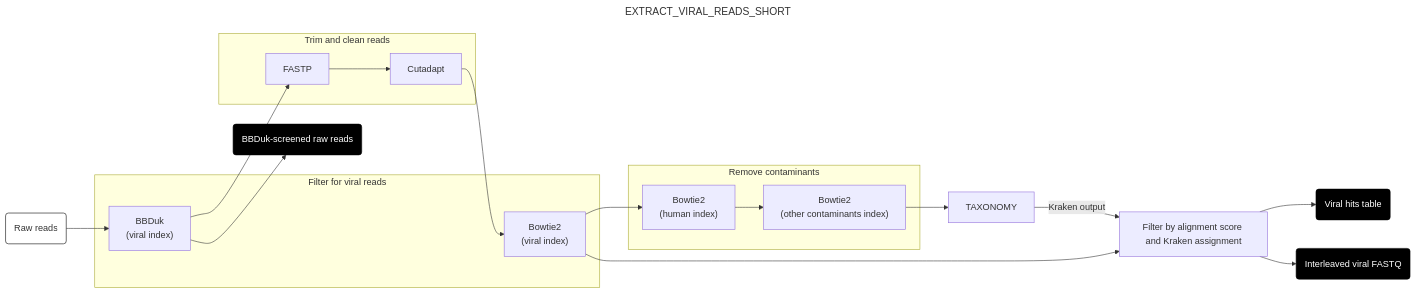
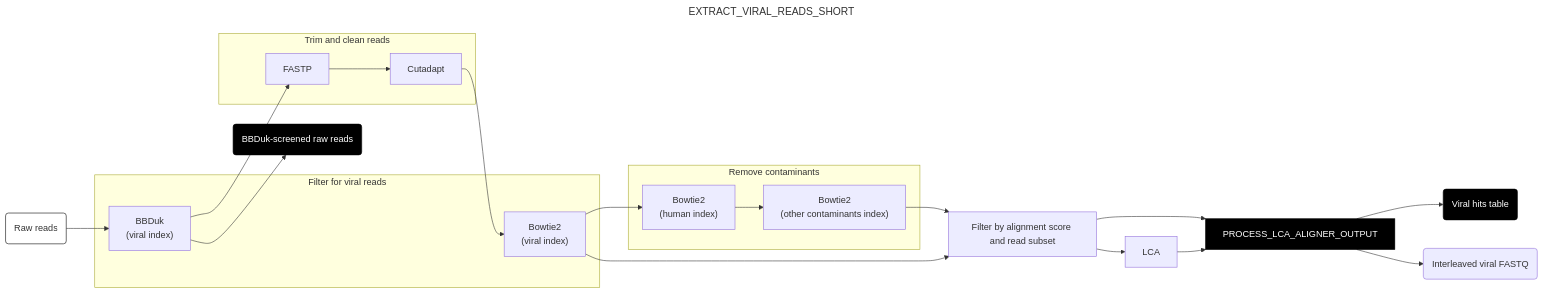
Before and after one commit to naobservatory/mgs-workflow: the sixth of 10 diagrams in docs/run.md, drawn with Mermaid. The commit also changed other lines of this file and 4 other files, not shown here.

````diff
--- a/docs/run.md
+++ b/docs/run.md
@@ -167,37 +227,39 @@
 ```mermaid
 ---
 title: EXTRACT_VIRAL_READS_SHORT
 config:
   layout: horizontal
 ---
 flowchart LR
 A(Raw reads) --> B["BBDuk <br> (viral index)"]
 B --> M(BBDuk-screened raw reads)
 B --> C[FASTP]
 C --> D[Cutadapt]
 D --> E["Bowtie2 <br> (viral index)"]
 E --> F["Bowtie2 <br> (human index)"]
 F --> G["Bowtie2 <br> (other contaminants index)"]
-G --> H[TAXONOMY]
-H --> |Kraken output| I[Filter by alignment score and Kraken assignment]
-E --> I
-I --> J(Viral hits table)
-I --> K(Interleaved viral FASTQ)
+G --> H[Filter by alignment score and read subset]
+E --> H
+H --> I[LCA]
+H --> J
+I --> J[PROCESS_LCA_ALIGNER_OUTPUT]
+J --> K(Viral hits table)
+J --> L(Interleaved viral FASTQ)
 
 subgraph "Filter for viral reads"
 B
 E
 end
 subgraph "Trim and clean reads"
 C
 D
 end
 subgraph "Remove contaminants"
 F
 G
 end
 style A fill:#fff,stroke:#000
 style J fill:#000,color:#fff,stroke:#000
 style K fill:#000,color:#fff,stroke:#000
 style M fill:#000,color:#fff,stroke:#000
 ```
````
